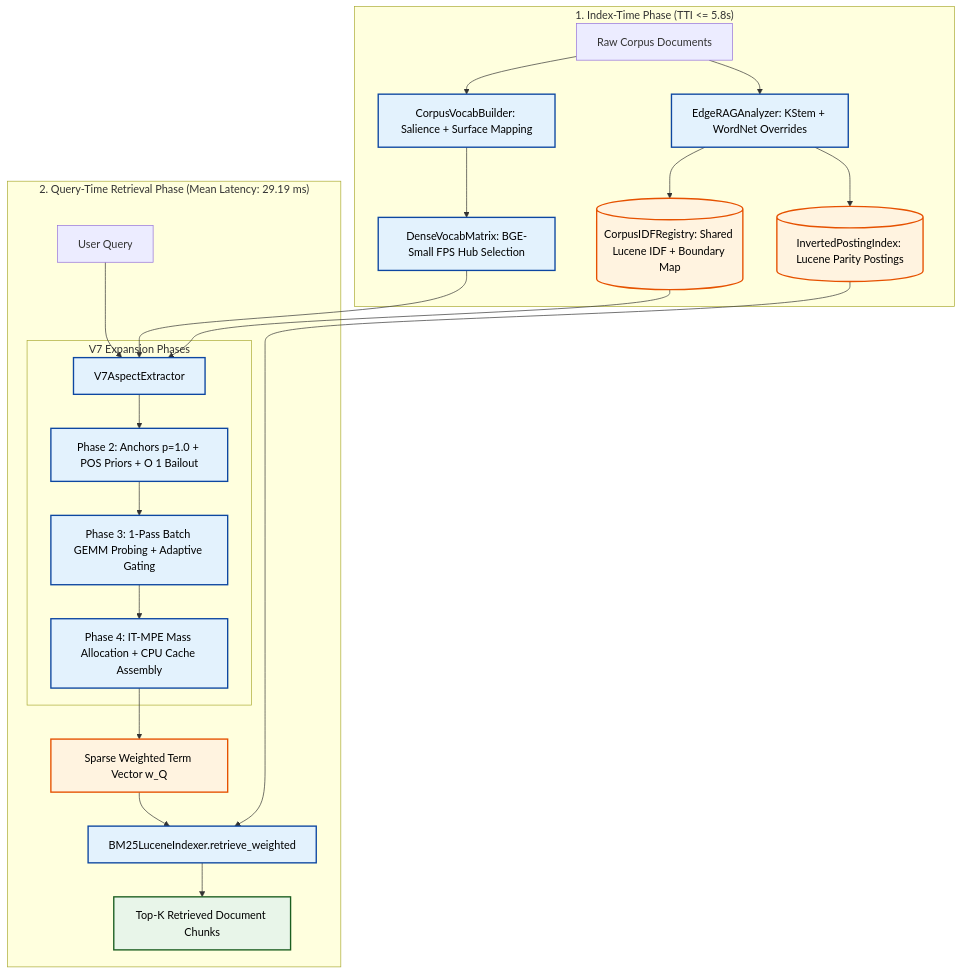
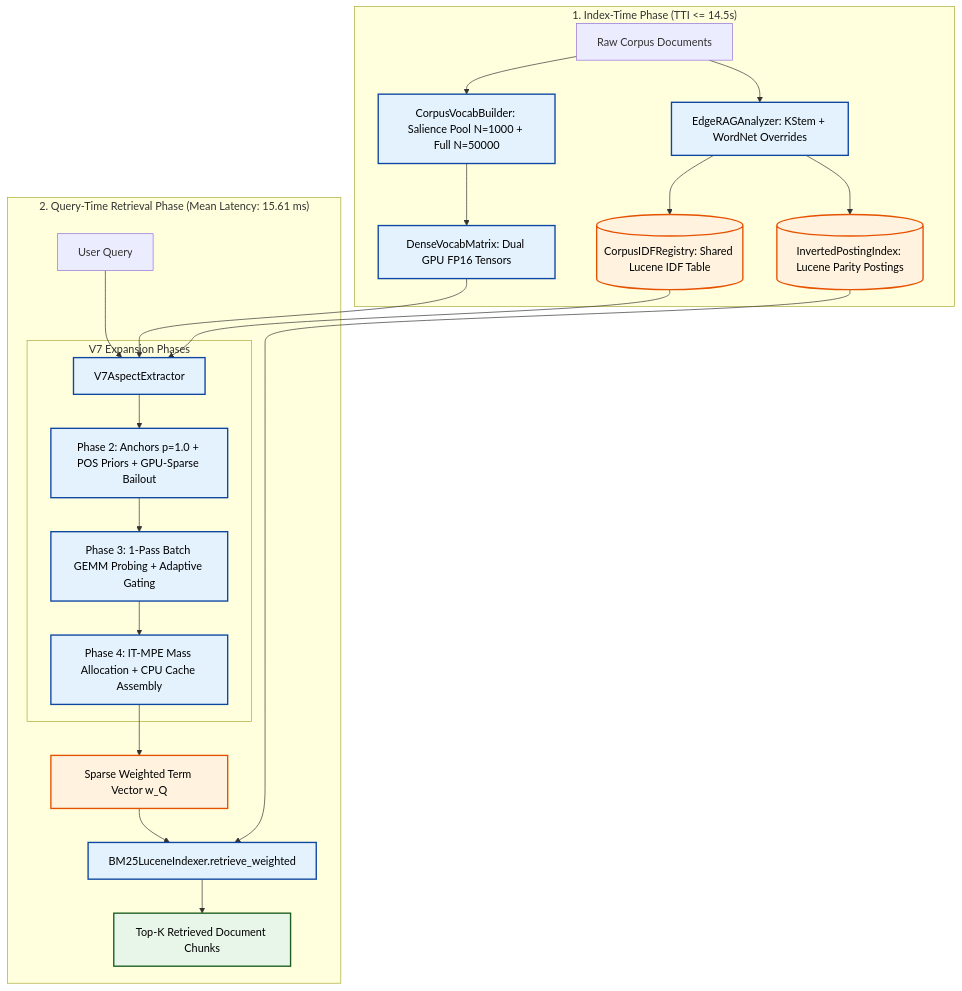
The diagram in docs/ARCHITECTURE.md (spchjken/Edge-RAG), drawn with Mermaid before and after one commit. The commit also changed other lines of this file and 3 other files, not shown here.

````diff
--- a/docs/ARCHITECTURE.md
+++ b/docs/ARCHITECTURE.md
@@ -13,31 +13,31 @@
 ```mermaid
 graph TD
     classDef compute fill:#e3f2fd,stroke:#0d47a1,stroke-width:2px,color:#000000;
     classDef storage fill:#fff3e0,stroke:#e65100,stroke-width:2px,color:#000000;
     classDef target fill:#e8f5e9,stroke:#1b5e20,stroke-width:2px,color:#000000;
 
-    subgraph Index_Time ["1. Index-Time Phase (TTI <= 5.8s)"]
+    subgraph Index_Time ["1. Index-Time Phase (TTI <= 14.5s)"]
         RawDocs[Raw Corpus Documents] --> ANALYZER_IDX[EdgeRAGAnalyzer: KStem + WordNet Overrides]:::compute
         ANALYZER_IDX --> POSTINGS[(InvertedPostingIndex: Lucene Parity Postings)]:::storage
-        ANALYZER_IDX --> IDF_REG[(CorpusIDFRegistry: Shared Lucene IDF + Boundary Map)]:::storage
-        RawDocs --> VOCAB_BUILD[CorpusVocabBuilder: Salience + Surface Mapping]:::compute
-        VOCAB_BUILD --> DENSE_MAT[DenseVocabMatrix: BGE-Small FPS Hub Selection]:::compute
+        ANALYZER_IDX --> IDF_REG[(CorpusIDFRegistry: Shared Lucene IDF Table)]:::storage
+        RawDocs --> VOCAB_BUILD[CorpusVocabBuilder: Salience Pool N=1000 + Full N=50000]:::compute
+        VOCAB_BUILD --> DENSE_MAT[DenseVocabMatrix: Dual GPU FP16 Tensors]:::compute
     end
 
-    subgraph Query_Time ["2. Query-Time Retrieval Phase (Mean Latency: 29.19 ms)"]
+    subgraph Query_Time ["2. Query-Time Retrieval Phase (Mean Latency: 15.61 ms)"]
         Q[User Query] --> V7_EXTRACTOR[V7AspectExtractor]:::compute
         IDF_REG --> V7_EXTRACTOR
         DENSE_MAT --> V7_EXTRACTOR
         
         subgraph V7_Phases ["V7 Expansion Phases"]
-            V7_EXTRACTOR --> P2[Phase 2: Anchors p=1.0 + POS Priors + O 1 Bailout]:::compute
+            V7_EXTRACTOR --> P2[Phase 2: Anchors p=1.0 + POS Priors + GPU-Sparse Bailout]:::compute
             P2 --> P3[Phase 3: 1-Pass Batch GEMM Probing + Adaptive Gating]:::compute
             P3 --> P4[Phase 4: IT-MPE Mass Allocation + CPU Cache Assembly]:::compute
         end
 
         P4 --> W_Q[Sparse Weighted Term Vector w_Q]:::storage
         W_Q --> RETRIEVER[BM25LuceneIndexer.retrieve_weighted]:::compute
         POSTINGS --> RETRIEVER
         RETRIEVER --> CANDIDATES[Top-K Retrieved Document Chunks]:::target
     end
 ```
````
